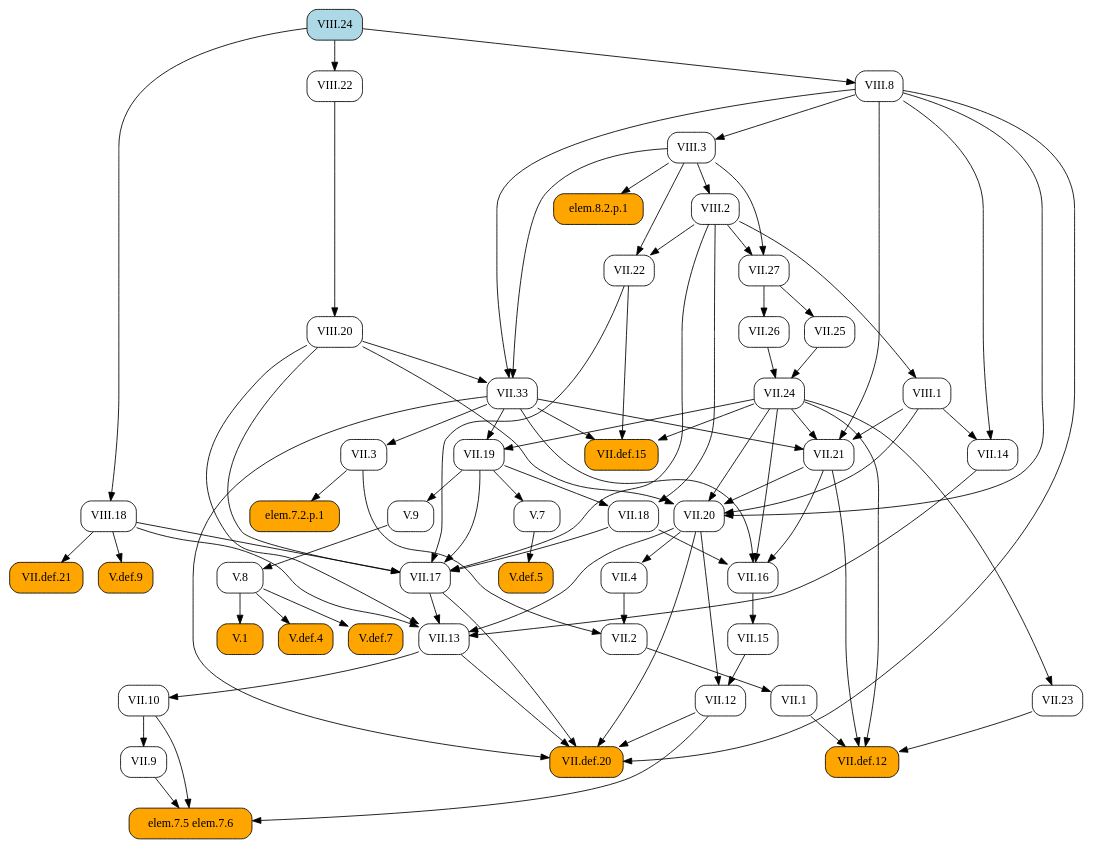
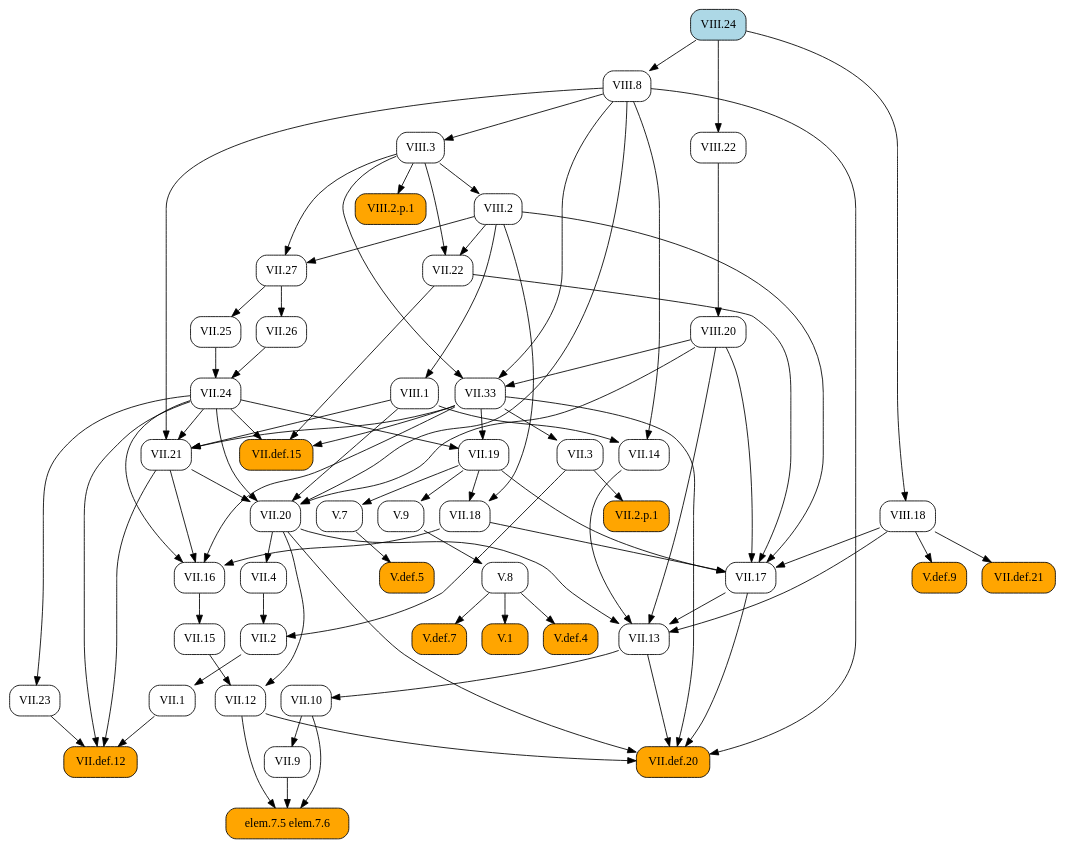
One commit to geometor/elements changed the diagram in docsrc/heath/VIII/24/index.rst. Above: the diagram before and after it, drawn with Graphviz. The commit also changed 484 other files, not shown here.

```diff
--- a/docsrc/heath/VIII/24/index.rst
+++ b/docsrc/heath/VIII/24/index.rst
@@ -34,136 +34,136 @@
    digraph {
      rankdir="TB";
      node [shape=box, style=rounded];
-     "VII.1" [URL="/heath/VII/1/", target="_top"];
+     "VII.33" [URL="/heath/VII/33/", target="_top"];
+     "VII.12" [URL="/heath/VII/12/", target="_top"];
+     "elem.7.5 elem.7.6" [style="rounded,filled", fillcolor=orange];
+     "VIII.20" [URL="/heath/VIII/20/", target="_top"];
      "VII.9" [URL="/heath/VII/9/", target="_top"];
-     "V.def.5" [style="rounded,filled", fillcolor=orange, URL="/heath/V/def.5/", target="_top"];
-     "VIII.24" [style="rounded,filled", fillcolor=lightblue, URL="/heath/VIII/24/", target="_top"];
-     "VII.17" [URL="/heath/VII/17/", target="_top"];
-     "VII.3" [URL="/heath/VII/3/", target="_top"];
-     "elem.7.5 elem.7.6" [style="rounded,filled", fillcolor=orange];
-     "VII.def.21" [style="rounded,filled", fillcolor=orange, URL="/heath/VII/def.21/", target="_top"];
-     "V.7" [URL="/heath/V/7/", target="_top"];
-     "V.9" [URL="/heath/V/9/", target="_top"];
-     "VII.13" [URL="/heath/VII/13/", target="_top"];
-     "VII.2" [URL="/heath/VII/2/", target="_top"];
-     "VIII.1" [URL="/heath/VIII/1/", target="_top"];
      "VIII.2" [URL="/heath/VIII/2/", target="_top"];
-     "VII.12" [URL="/heath/VII/12/", target="_top"];
-     "VII.24" [URL="/heath/VII/24/", target="_top"];
-     "VII.def.12" [style="rounded,filled", fillcolor=orange, URL="/heath/VII/def.12/", target="_top"];
-     "V.8" [URL="/heath/V/8/", target="_top"];
-     "VII.33" [URL="/heath/VII/33/", target="_top"];
-     "V.def.9" [style="rounded,filled", fillcolor=orange, URL="/heath/V/def.9/", target="_top"];
-     "VIII.22" [URL="/heath/VIII/22/", target="_top"];
-     "VIII.18" [URL="/heath/VIII/18/", target="_top"];
-     "VII.10" [URL="/heath/VII/10/", target="_top"];
-     "elem.7.2.p.1" [style="rounded,filled", fillcolor=orange];
-     "VII.def.15" [style="rounded,filled", fillcolor=orange, URL="/heath/VII/def.15/", target="_top"];
-     "VII.19" [URL="/heath/VII/19/", target="_top"];
      "VII.18" [URL="/heath/VII/18/", target="_top"];
      "VII.16" [URL="/heath/VII/16/", target="_top"];
+     "V.7" [URL="/heath/V/7/", target="_top"];
      "VII.26" [URL="/heath/VII/26/", target="_top"];
-     "VII.4" [URL="/heath/VII/4/", target="_top"];
-     "VII.25" [URL="/heath/VII/25/", target="_top"];
-     "VII.21" [URL="/heath/VII/21/", target="_top"];
-     "V.1" [style="rounded,filled", fillcolor=orange, URL="/heath/V/1/", target="_top"];
-     "VII.20" [URL="/heath/VII/20/", target="_top"];
+     "VIII.24" [style="rounded,filled", fillcolor=lightblue, URL="/heath/VIII/24/", target="_top"];
+     "V.def.5" [style="rounded,filled", fillcolor=orange, URL="/heath/V/def.5/", target="_top"];
+     "V.9" [URL="/heath/V/9/", target="_top"];
      "VIII.8" [URL="/heath/VIII/8/", target="_top"];
+     "VII.10" [URL="/heath/VII/10/", target="_top"];
+     "VIII.3" [URL="/heath/VIII/3/", target="_top"];
+     "VII.13" [URL="/heath/VII/13/", target="_top"];
+     "VIII.18" [URL="/heath/VIII/18/", target="_top"];
+     "VII.def.15" [style="rounded,filled", fillcolor=orange, URL="/heath/VII/def.15/", target="_top"];
+     "VII.17" [URL="/heath/VII/17/", target="_top"];
+     "VII.19" [URL="/heath/VII/19/", target="_top"];
+     "VIII.2.p.1" [style="rounded,filled", fillcolor=orange];
+     "VII.2" [URL="/heath/VII/2/", target="_top"];
+     "VII.def.20" [style="rounded,filled", fillcolor=orange, URL="/heath/VII/def.20/", target="_top"];
+     "VII.2.p.1" [style="rounded,filled", fillcolor=orange];
+     "VII.15" [URL="/heath/VII/15/", target="_top"];
+     "V.def.4" [style="rounded,filled", fillcolor=orange, URL="/heath/V/def.4/", target="_top"];
+     "VIII.22" [URL="/heath/VIII/22/", target="_top"];
+     "V.def.7" [style="rounded,filled", fillcolor=orange, URL="/heath/V/def.7/", target="_top"];
      "VII.14" [URL="/heath/VII/14/", target="_top"];
      "VII.27" [URL="/heath/VII/27/", target="_top"];
-     "VIII.3" [URL="/heath/VIII/3/", target="_top"];
-     "V.def.4" [style="rounded,filled", fillcolor=orange, URL="/heath/V/def.4/", target="_top"];
+     "VII.21" [URL="/heath/VII/21/", target="_top"];
      "VII.22" [URL="/heath/VII/22/", target="_top"];
-     "VIII.20" [URL="/heath/VIII/20/", target="_top"];
-     "V.def.7" [style="rounded,filled", fillcolor=orange, URL="/heath/V/def.7/", target="_top"];
+     "VII.25" [URL="/heath/VII/25/", target="_top"];
+     "VIII.1" [URL="/heath/VIII/1/", target="_top"];
+     "VII.1" [URL="/heath/VII/1/", target="_top"];
+     "V.8" [URL="/heath/V/8/", target="_top"];
      "VII.23" [URL="/heath/VII/23/", target="_top"];
-     "VII.15" [URL="/heath/VII/15/", target="_top"];
-     "VII.def.20" [style="rounded,filled", fillcolor=orange, URL="/heath/VII/def.20/", target="_top"];
-     "elem.8.2.p.1" [style="rounded,filled", fillcolor=orange];
-     "VII.2" -> "VII.1";
+     "VII.4" [URL="/heath/VII/4/", target="_top"];
+     "VII.def.12" [style="rounded,filled", fillcolor=orange, URL="/heath/VII/def.12/", target="_top"];
+     "V.1" [style="rounded,filled", fillcolor=orange, URL="/heath/V/1/", target="_top"];
+     "V.def.9" [style="rounded,filled", fillcolor=orange, URL="/heath/V/def.9/", target="_top"];
+     "VII.3" [URL="/heath/VII/3/", target="_top"];
+     "VII.24" [URL="/heath/VII/24/", target="_top"];
+     "VII.20" [URL="/heath/VII/20/", target="_top"];
+     "VII.def.21" [style="rounded,filled", fillcolor=orange, URL="/heath/VII/def.21/", target="_top"];
+     "VIII.3" -> "VII.33";
+     "VIII.8" -> "VII.33";
+     "VIII.20" -> "VII.33";
+     "VII.15" -> "VII.12";
+     "VII.20" -> "VII.12";
+     "VII.9" -> "elem.7.5 elem.7.6";
+     "VII.10" -> "elem.7.5 elem.7.6";
+     "VII.12" -> "elem.7.5 elem.7.6";
+     "VIII.22" -> "VIII.20";
      "VII.10" -> "VII.9";
+     "VIII.3" -> "VIII.2";
+     "VII.19" -> "VII.18";
+     "VIII.2" -> "VII.18";
+     "VII.18" -> "VII.16";
+     "VII.21" -> "VII.16";
+     "VII.24" -> "VII.16";
+     "VII.33" -> "VII.16";
+     "VII.19" -> "V.7";
+     "VII.27" -> "VII.26";
      "V.7" -> "V.def.5";
+     "VII.19" -> "V.9";
+     "VIII.24" -> "VIII.8";
+     "VII.13" -> "VII.10";
+     "VIII.8" -> "VIII.3";
+     "VII.14" -> "VII.13";
+     "VII.17" -> "VII.13";
+     "VII.20" -> "VII.13";
+     "VIII.18" -> "VII.13";
+     "VIII.20" -> "VII.13";
+     "VIII.24" -> "VIII.18";
+     "VII.22" -> "VII.def.15";
+     "VII.24" -> "VII.def.15";
+     "VII.33" -> "VII.def.15";
      "VII.18" -> "VII.17";
      "VII.19" -> "VII.17";
      "VII.22" -> "VII.17";
      "VIII.2" -> "VII.17";
      "VIII.18" -> "VII.17";
      "VIII.20" -> "VII.17";
-     "VII.33" -> "VII.3";
-     "VII.9" -> "elem.7.5 elem.7.6";
-     "VII.10" -> "elem.7.5 elem.7.6";
-     "VII.12" -> "elem.7.5 elem.7.6";
-     "VIII.18" -> "VII.def.21";
-     "VII.19" -> "V.7";
-     "VII.19" -> "V.9";
-     "VII.14" -> "VII.13";
-     "VII.17" -> "VII.13";
-     "VII.20" -> "VII.13";
-     "VIII.18" -> "VII.13";
-     "VIII.20" -> "VII.13";
+     "VII.24" -> "VII.19";
+     "VII.33" -> "VII.19";
+     "VIII.3" -> "VIII.2.p.1";
      "VII.3" -> "VII.2";
      "VII.4" -> "VII.2";
-     "VIII.2" -> "VIII.1";
-     "VIII.3" -> "VIII.2";
-     "VII.15" -> "VII.12";
-     "VII.20" -> "VII.12";
-     "VII.25" -> "VII.24";
-     "VII.26" -> "VII.24";
-     "VII.1" -> "VII.def.12";
-     "VII.21" -> "VII.def.12";
-     "VII.23" -> "VII.def.12";
-     "VII.24" -> "VII.def.12";
-     "V.9" -> "V.8";
-     "VIII.3" -> "VII.33";
-     "VIII.8" -> "VII.33";
-     "VIII.20" -> "VII.33";
-     "VIII.18" -> "V.def.9";
-     "VIII.24" -> "VIII.22";
-     "VIII.24" -> "VIII.18";
-     "VII.13" -> "VII.10";
-     "VII.3" -> "elem.7.2.p.1";
-     "VII.22" -> "VII.def.15";
-     "VII.24" -> "VII.def.15";
-     "VII.33" -> "VII.def.15";
-     "VII.24" -> "VII.19";
-     "VII.33" -> "VII.19";
-     "VII.19" -> "VII.18";
-     "VIII.2" -> "VII.18";
-     "VII.18" -> "VII.16";
-     "VII.21" -> "VII.16";
-     "VII.24" -> "VII.16";
-     "VII.33" -> "VII.16";
-     "VII.27" -> "VII.26";
-     "VII.20" -> "VII.4";
-     "VII.27" -> "VII.25";
-     "VII.24" -> "VII.21";
-     "VII.33" -> "VII.21";
-     "VIII.1" -> "VII.21";
-     "VIII.8" -> "VII.21";
-     "V.8" -> "V.1";
-     "VII.21" -> "VII.20";
-     "VII.24" -> "VII.20";
-     "VIII.1" -> "VII.20";
-     "VIII.8" -> "VII.20";
-     "VIII.20" -> "VII.20";
-     "VIII.24" -> "VIII.8";
-     "VIII.1" -> "VII.14";
-     "VIII.8" -> "VII.14";
-     "VIII.2" -> "VII.27";
-     "VIII.3" -> "VII.27";
-     "VIII.8" -> "VIII.3";
-     "V.8" -> "V.def.4";
-     "VIII.2" -> "VII.22";
-     "VIII.3" -> "VII.22";
-     "VIII.22" -> "VIII.20";
-     "V.8" -> "V.def.7";
-     "VII.24" -> "VII.23";
-     "VII.16" -> "VII.15";
      "VII.12" -> "VII.def.20";
      "VII.13" -> "VII.def.20";
      "VII.17" -> "VII.def.20";
      "VII.20" -> "VII.def.20";
      "VII.33" -> "VII.def.20";
      "VIII.8" -> "VII.def.20";
-     "VIII.3" -> "elem.8.2.p.1";
+     "VII.3" -> "VII.2.p.1";
+     "VII.16" -> "VII.15";
+     "V.8" -> "V.def.4";
+     "VIII.24" -> "VIII.22";
+     "V.8" -> "V.def.7";
+     "VIII.1" -> "VII.14";
+     "VIII.8" -> "VII.14";
+     "VIII.2" -> "VII.27";
+     "VIII.3" -> "VII.27";
+     "VII.24" -> "VII.21";
+     "VII.33" -> "VII.21";
+     "VIII.1" -> "VII.21";
+     "VIII.8" -> "VII.21";
+     "VIII.2" -> "VII.22";
+     "VIII.3" -> "VII.22";
+     "VII.27" -> "VII.25";
+     "VIII.2" -> "VIII.1";
+     "VII.2" -> "VII.1";
+     "V.9" -> "V.8";
+     "VII.24" -> "VII.23";
+     "VII.20" -> "VII.4";
+     "VII.1" -> "VII.def.12";
+     "VII.21" -> "VII.def.12";
+     "VII.23" -> "VII.def.12";
+     "VII.24" -> "VII.def.12";
+     "V.8" -> "V.1";
+     "VIII.18" -> "V.def.9";
+     "VII.33" -> "VII.3";
+     "VII.25" -> "VII.24";
+     "VII.26" -> "VII.24";
+     "VII.21" -> "VII.20";
+     "VII.24" -> "VII.20";
+     "VIII.1" -> "VII.20";
+     "VIII.8" -> "VII.20";
+     "VIII.20" -> "VII.20";
+     "VIII.18" -> "VII.def.21";
    }
```
